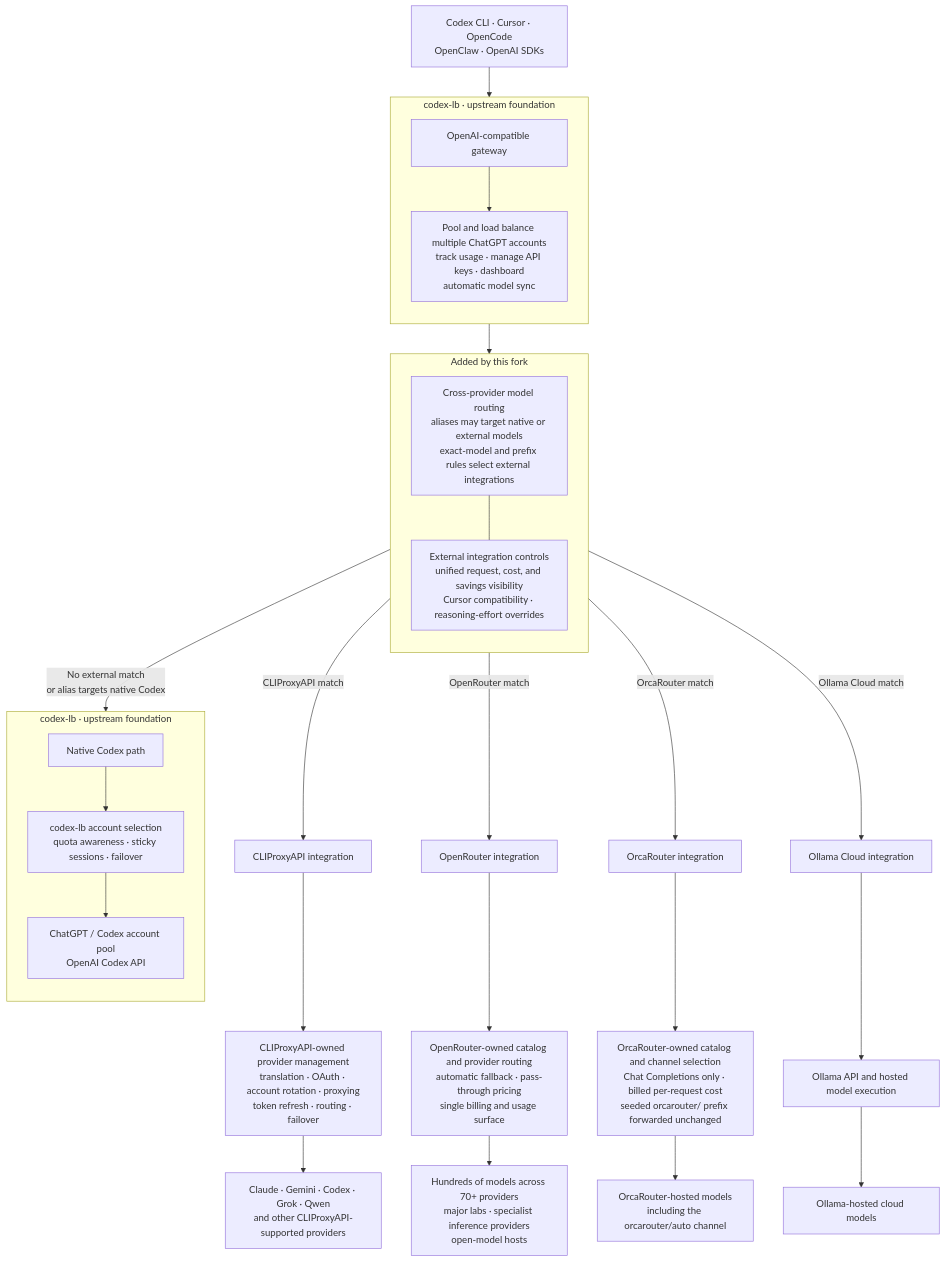
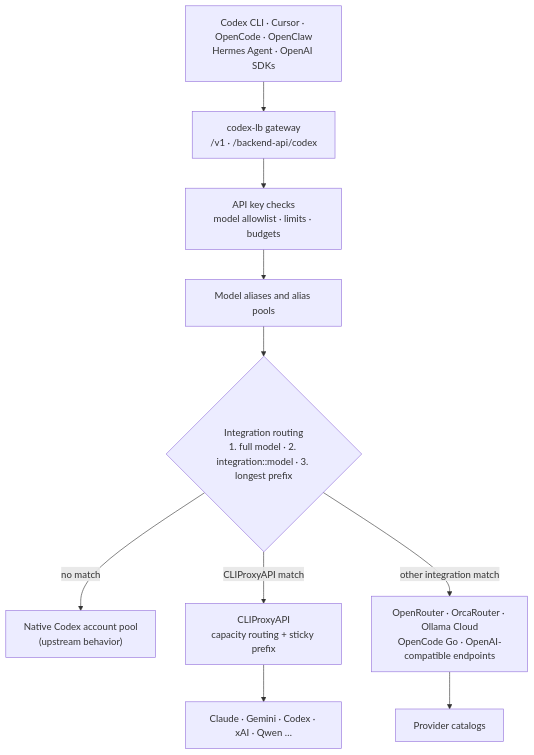
The diagram in README.md (vitalNohj/codex-lb), drawn with Mermaid before and after one commit. The commit also changed other lines of this file and 1 other file, not shown here.

First line of the commit message:
docs(readme): rewrite the README around what this fork adds and changes

````diff
--- a/README.md
+++ b/README.md
@@ -33,55 +124,18 @@
 ```mermaid
 flowchart TB
-    Clients["Codex CLI · Cursor · OpenCode<br/>OpenClaw · OpenAI SDKs"]
+    Clients["Codex CLI · Cursor · OpenCode · OpenClaw<br/>Hermes Agent · OpenAI SDKs"]
+    Gateway["codex-lb gateway<br/>/v1 · /backend-api/codex"]
+    Keys["API key checks<br/>model allowlist · limits · budgets"]
+    Alias["Model aliases and alias pools"]
+    Route{"Integration routing<br/>1. full model · 2. integration::model · 3. longest prefix"}
+    Native["Native Codex account pool<br/>(upstream behavior)"]
+    CLI["CLIProxyAPI<br/>capacity routing + sticky prefix"]
+    Ext["OpenRouter · OrcaRouter · Ollama Cloud<br/>OpenCode Go · OpenAI-compatible endpoints"]
+    Up1["Claude · Gemini · Codex · xAI · Qwen …"]
+    Up2["Provider catalogs"]
 
-    subgraph Foundation["codex-lb · upstream foundation"]
-        direction TB
-        Gateway["OpenAI-compatible gateway"]
-        Core["Pool and load balance multiple ChatGPT accounts<br/>track usage · manage API keys · dashboard<br/>automatic model sync"]
-        Gateway --> Core
-    end
-
-    subgraph Additions["Added by this fork"]
-        direction TB
-        Resolve["Cross-provider model routing<br/>aliases may target native or external models<br/>exact-model and prefix rules select external integrations"]
-        Controls["External integration controls<br/>unified request, cost, and savings visibility<br/>Cursor compatibility · reasoning-effort overrides"]
-        Resolve --- Controls
-    end
-
-    Clients --> Gateway
-    Core --> Resolve
-
-    subgraph Native["codex-lb · upstream foundation"]
-        direction TB
-        NativePath["Native Codex path"]
-        NativeRouting["codex-lb account selection<br/>quota awareness · sticky sessions · failover"]
-        NativeModels["ChatGPT / Codex account pool<br/>OpenAI Codex API"]
-        NativePath --> NativeRouting --> NativeModels
-    end
-
-    CLI["CLIProxyAPI integration"]
-    CLIRouting["CLIProxyAPI-owned provider management<br/>translation · OAuth · account rotation · proxying<br/>token refresh · routing · failover"]
-    CLIModels["Claude · Gemini · Codex · Grok · Qwen<br/>and other CLIProxyAPI-supported providers"]
-    CLI --> CLIRouting --> CLIModels
-
-    OpenRouter["OpenRouter integration"]
-    ORRouting["OpenRouter-owned catalog and provider routing<br/>automatic fallback · pass-through pricing<br/>single billing and usage surface"]
-    ORModels["Hundreds of models across 70+ providers<br/>major labs · specialist inference providers<br/>open-model hosts"]
-    OpenRouter --> ORRouting --> ORModels
-
-    OrcaRouter["OrcaRouter integration"]
-    OrcaRouting["OrcaRouter-owned catalog and channel selection<br/>Chat Completions only · billed per-request cost<br/>seeded orcarouter/ prefix forwarded unchanged"]
-    OrcaModels["OrcaRouter-hosted models<br/>including the orcarouter/auto channel"]
-    OrcaRouter --> OrcaRouting --> OrcaModels
-
-    Ollama["Ollama Cloud integration"]
-    OllamaRouting["Ollama API and hosted model execution"]
-    OllamaModels["Ollama-hosted cloud models"]
-    Ollama --> OllamaRouting --> OllamaModels
-
-    Resolve -->|"No external match<br/>or alias targets native Codex"| NativePath
-    Resolve -->|"CLIProxyAPI match"| CLI
-    Resolve -->|"OpenRouter match"| OpenRouter
-    Resolve -->|"OrcaRouter match"| OrcaRouter
-    Resolve -->|"Ollama Cloud match"| Ollama
+    Clients --> Gateway --> Keys --> Alias --> Route
+    Route -->|"no match"| Native
+    Route -->|"CLIProxyAPI match"| CLI --> Up1
+    Route -->|"other integration match"| Ext --> Up2
 ```
````
